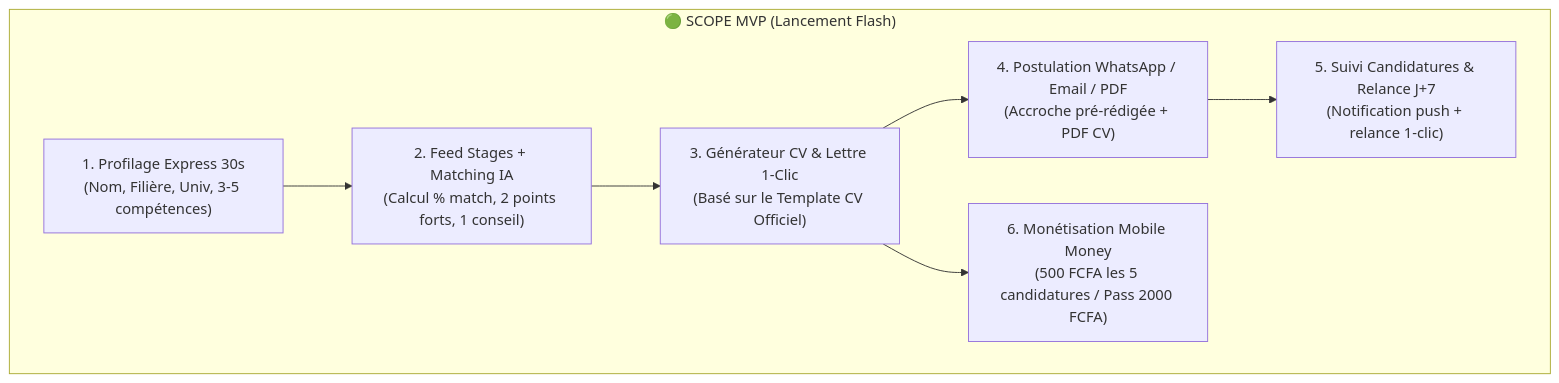
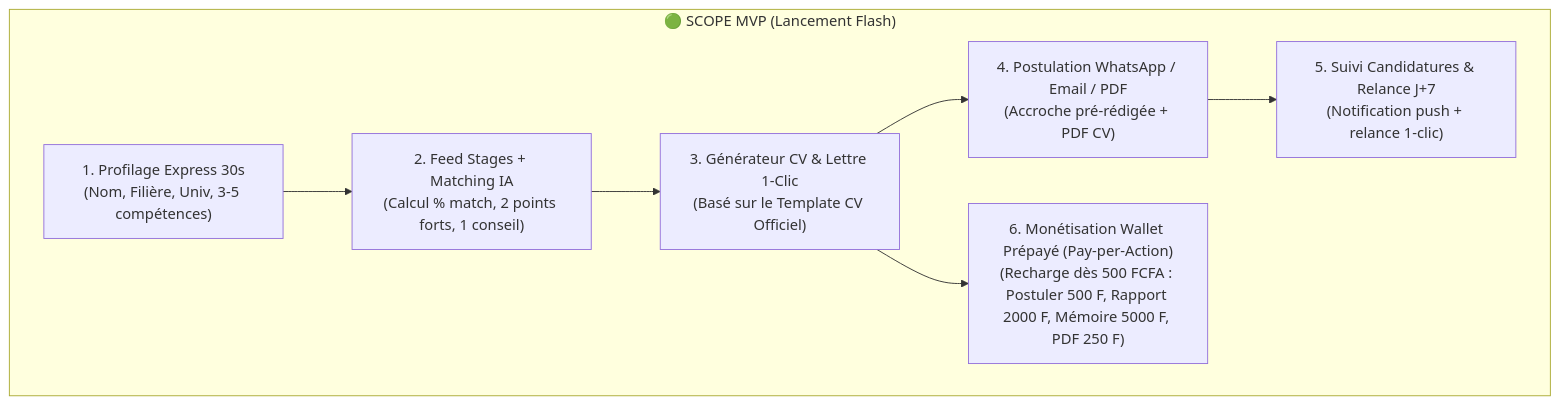
One commit to BIMAI-LUCIEN/campus-360 changed the first of 2 diagrams in contexte.md. Above: the diagram before and after it, drawn with Mermaid. The commit also changed other lines of this file and 10 other files, not shown here.

Commit message:
feat(app): finalize UI improvements, payment flows and mobile api updates

````diff
--- a/contexte.md
+++ b/contexte.md
@@ -22,14 +22,14 @@
 ```mermaid
 flowchart TD
     subgraph MVP ["🟢 SCOPE MVP (Lancement Flash)"]
         A["1. Profilage Express 30s\n(Nom, Filière, Univ, 3-5 compétences)"]
         B["2. Feed Stages + Matching IA\n(Calcul % match, 2 points forts, 1 conseil)"]
         C["3. Générateur CV & Lettre 1-Clic\n(Basé sur le Template CV Officiel)"]
         D["4. Postulation WhatsApp / Email / PDF\n(Accroche pré-rédigée + PDF CV)"]
         E["5. Suivi Candidatures & Relance J+7\n(Notification push + relance 1-clic)"]
-        F["6. Monétisation Mobile Money\n(500 FCFA les 5 candidatures / Pass 2000 FCFA)"]
+        F["6. Monétisation Wallet Prépayé (Pay-per-Action)\n(Recharge dès 500 FCFA : Postuler 500 F, Rapport 2000 F, Mémoire 5000 F, PDF 250 F)"]
     end
 
     A --> B --> C --> D --> E
     C --> F
 ```
````
